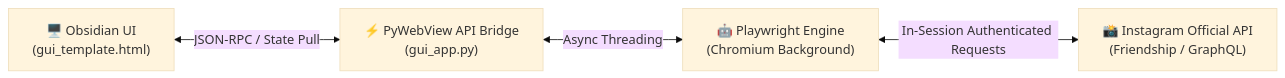
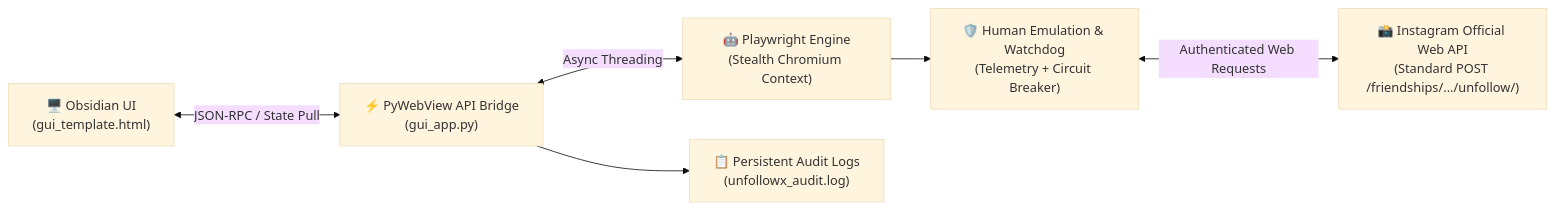
Before and after one commit to ZXD44/UnfollowX: the diagram in README.md, drawn with Mermaid (base theme). The commit also changed other lines of this file and 11 other files, not shown here.

Commit message:
feat(security): upgrade to v0.0.4 - ultimate human emulation, audit logging, circuit breaker, and purged legacy endpoints

````diff
--- a/README.md
+++ b/README.md
@@ -55,11 +59,15 @@
 ```mermaid
 graph LR
     UI["🖥️ Obsidian UI<br/>(gui_template.html)"]
     Bridge["⚡ PyWebView API Bridge<br/>(gui_app.py)"]
-    Engine["🤖 Playwright Engine<br/>(Chromium Background)"]
-    IG["📸 Instagram Official API<br/>(Friendship / GraphQL)"]
+    Engine["🤖 Playwright Engine<br/>(Stealth Chromium Context)"]
+    Safe["🛡️ Human Emulation & Watchdog<br/>(Telemetry + Circuit Breaker)"]
+    IG["📸 Instagram Official Web API<br/>(Standard POST /friendships/.../unfollow/)"]
+    Log["📋 Persistent Audit Logs<br/>(unfollowx_audit.log)"]
 
     UI <-->|"JSON-RPC / State Pull"| Bridge
     Bridge <-->|"Async Threading"| Engine
-    Engine <-->|"In-Session Authenticated Requests"| IG
+    Engine --> Safe
+    Safe <-->|"Authenticated Web Requests"| IG
+    Bridge --> Log
 ```
````
